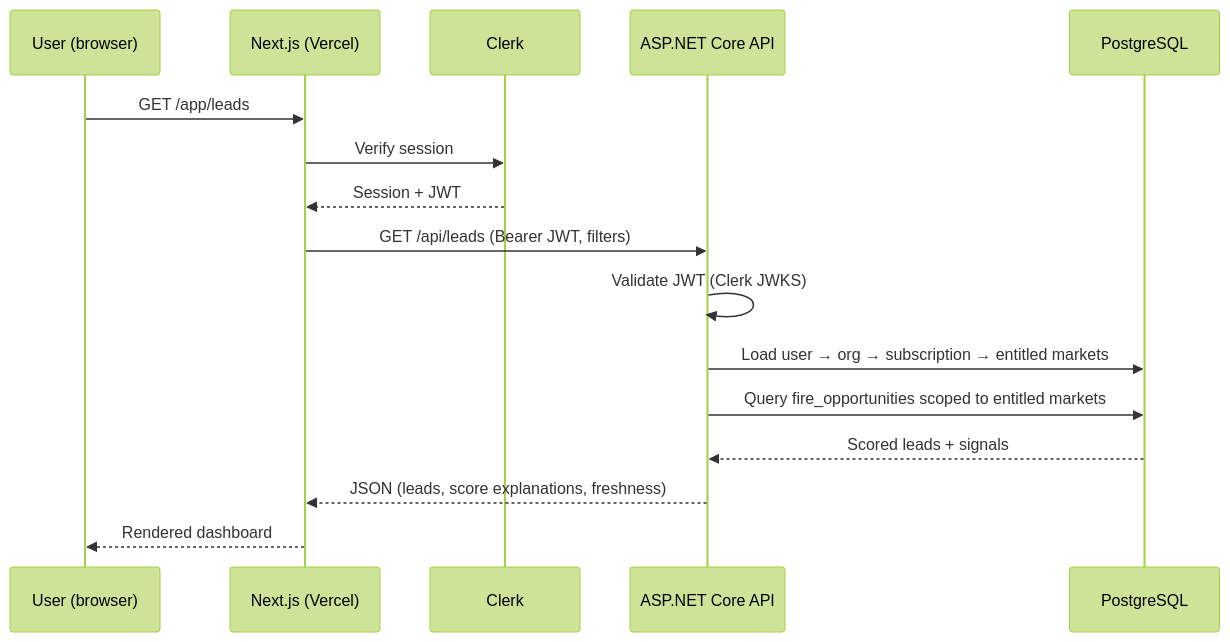
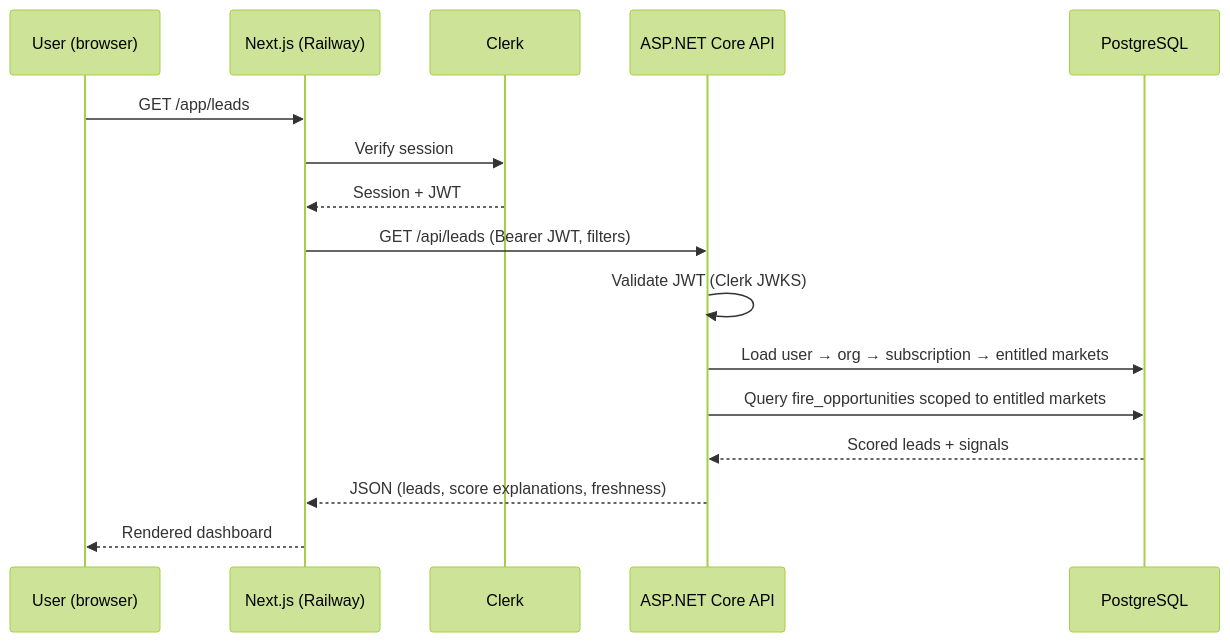
Before and after one commit to andypnguyen11-gif/permittorch: the fourth of 4 diagrams in Architecture.md, drawn with Mermaid (forest theme). The commit also changed other lines of this file and 9 other files, not shown here.

````diff
--- a/Architecture.md
+++ b/Architecture.md
@@ -169,19 +169,19 @@
 ```mermaid
 sequenceDiagram
     participant U as User (browser)
-    participant W as Next.js (Vercel)
+    participant W as Next.js (Railway)
     participant C as Clerk
     participant A as ASP.NET Core API
     participant P as PostgreSQL
 
     U->>W: GET /app/leads
     W->>C: Verify session
     C-->>W: Session + JWT
     W->>A: GET /api/leads (Bearer JWT, filters)
     A->>A: Validate JWT (Clerk JWKS)
     A->>P: Load user → org → subscription → entitled markets
     A->>P: Query fire_opportunities scoped to entitled markets
     P-->>A: Scored leads + signals
     A-->>W: JSON (leads, score explanations, freshness)
     W-->>U: Rendered dashboard
 ```
````
